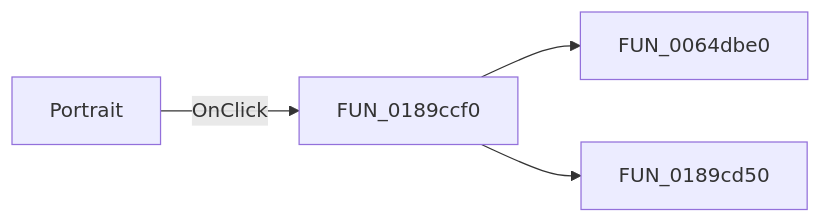
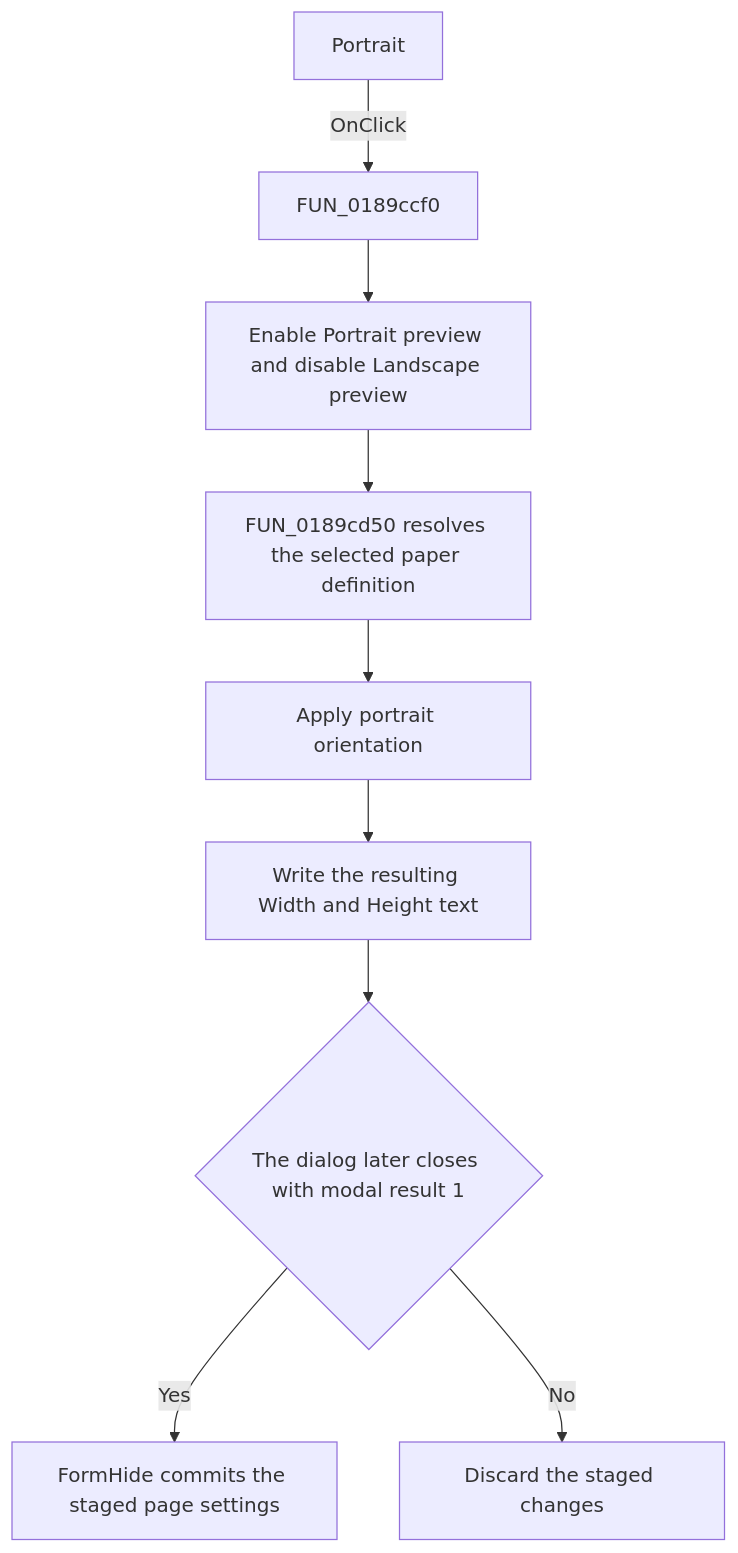
The diagram in docs/ui-controls/frxpagesettingsform/portraitrb-1fd750bd63.md (MovGP0/TIARA), drawn with Mermaid before and after one commit. The commit also changed other lines of this file and 387 other files, not shown here.

````diff
--- a/docs/ui-controls/frxpagesettingsform/portraitrb-1fd750bd63.md
+++ b/docs/ui-controls/frxpagesettingsform/portraitrb-1fd750bd63.md
@@ -27,6 +42,11 @@
 ```mermaid
-flowchart LR
+flowchart TD
     control["Portrait"] -->|OnClick| handler["FUN_0189ccf0"]
-    handler --> call1["FUN_0064dbe0"]
-    handler --> call2["FUN_0189cd50"]
+    handler --> previews["Enable Portrait preview and disable Landscape preview"]
+    previews --> size["FUN_0189cd50 resolves the selected paper definition"]
+    size --> orient["Apply portrait orientation"]
+    orient --> edits["Write the resulting Width and Height text"]
+    edits --> commit{"The dialog later closes with modal result 1"}
+    commit -->|Yes| page["FormHide commits the staged page settings"]
+    commit -->|No| discard["Discard the staged changes"]
 ```
````
